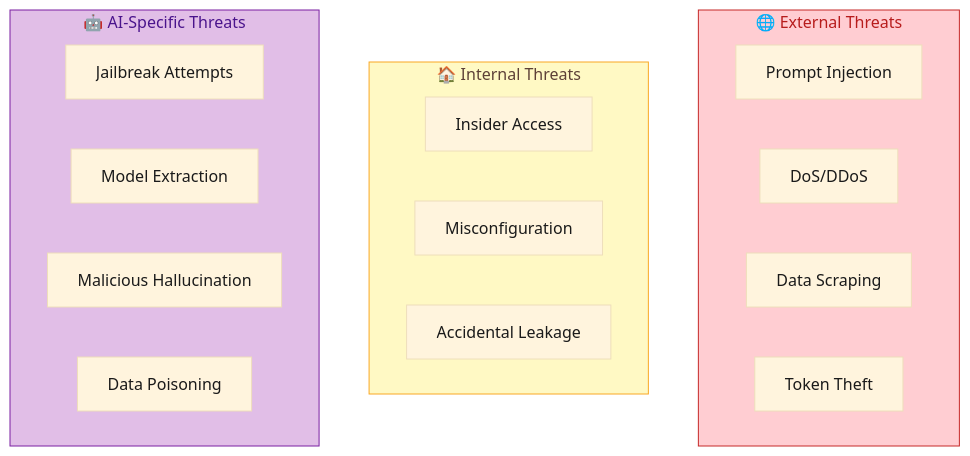
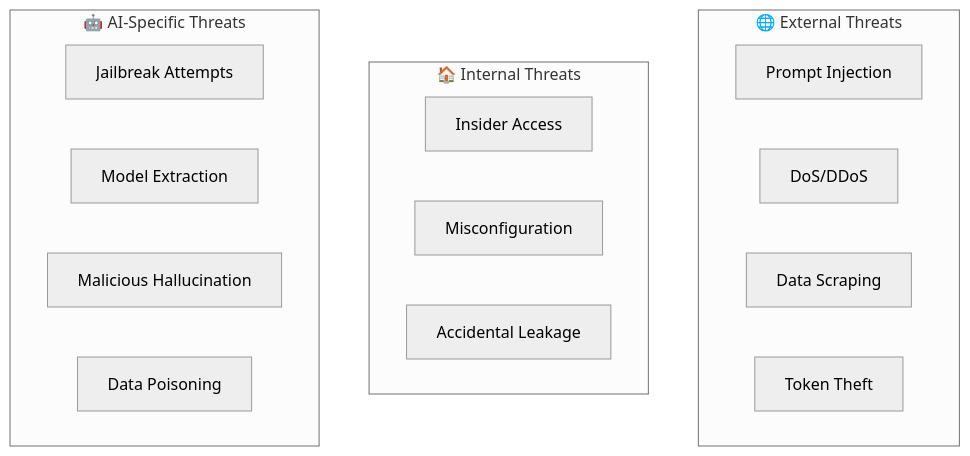
Before and after one commit to Px8Studio/yonja: the fifth of 9 diagrams in docs/zekalab/08-SECURITY-HARDENING.md, drawn with Mermaid. The commit also changed other lines of this file and 15 other files, not shown here.

````diff
--- a/docs/zekalab/08-SECURITY-HARDENING.md
+++ b/docs/zekalab/08-SECURITY-HARDENING.md
@@ -47,27 +142,23 @@
 ```mermaid
-%%{init: {'theme': 'base', 'themeVariables': { 'primaryTextColor': '#1a1a1a', 'lineColor': '#424242'}}}%%
+%%{init: {'theme': 'neutral'}}%%
 graph TB
     subgraph external["🌐 External Threats"]
         injection["Prompt Injection"]
         dos["DoS/DDoS"]
         scraping["Data Scraping"]
         impersonation["Token Theft"]
     end
     
     subgraph internal["🏠 Internal Threats"]
         insider["Insider Access"]
         misconfig["Misconfiguration"]
         leakage["Accidental Leakage"]
     end
     
     subgraph ai_specific["🤖 AI-Specific Threats"]
         jailbreak["Jailbreak Attempts"]
         extraction["Model Extraction"]
         hallucination["Malicious Hallucination"]
         poison["Data Poisoning"]
     end
-    
-    style external fill:#ffcdd2,stroke:#c62828,color:#b71c1c
-    style internal fill:#fff9c4,stroke:#f9a825,color:#5d4037
-    style ai_specific fill:#e1bee7,stroke:#7b1fa2,color:#4a148c
 ```
````
